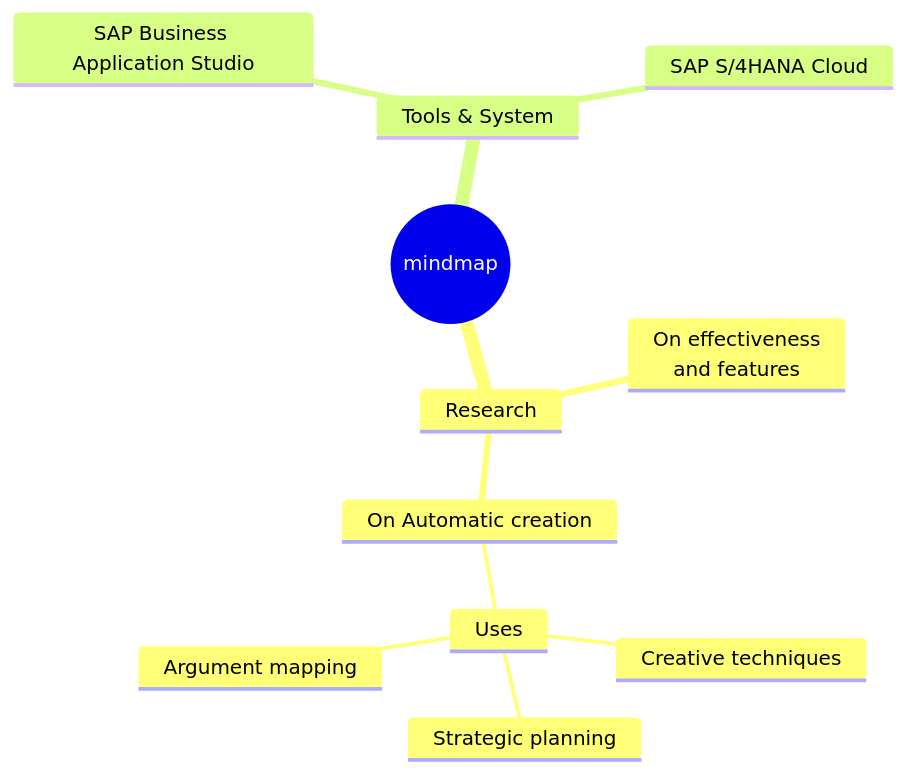
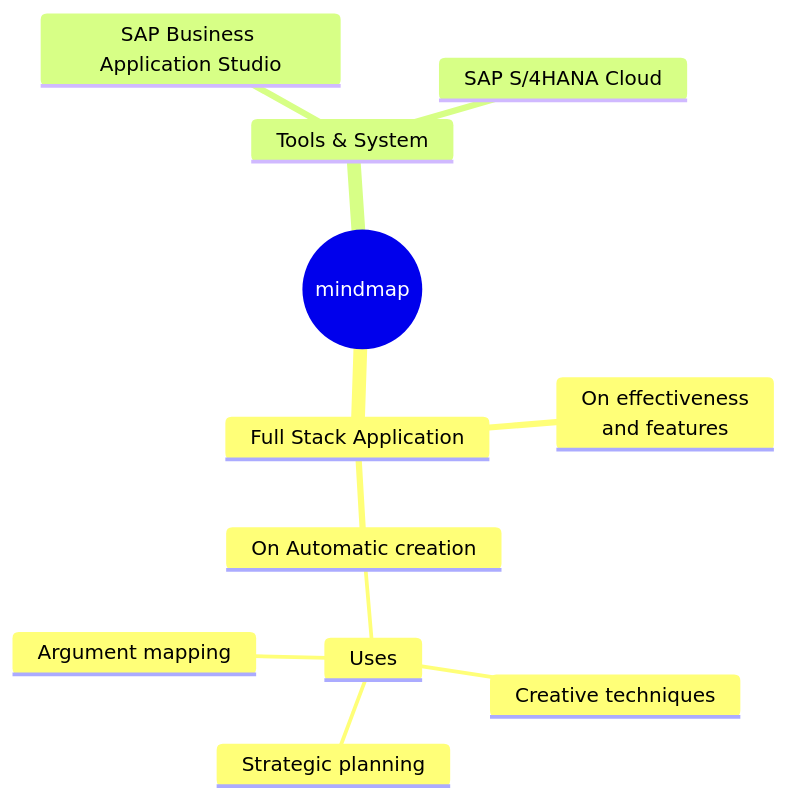
Before and after one commit to ejazsyed/validation-issue: the first of 4 diagrams in README.md, drawn with Mermaid.

````diff
--- a/README.md
+++ b/README.md
@@ -7,14 +7,14 @@
 ```mermaid
    mindmap
   root((mindmap))
-    Research
+    Full Stack Application
       On effectiveness<br/>and features
       On Automatic creation
         Uses
             Creative techniques
             Strategic planning
             Argument mapping
     Tools & System
       SAP Business Application Studio
       SAP S/4HANA Cloud
 ```
````
